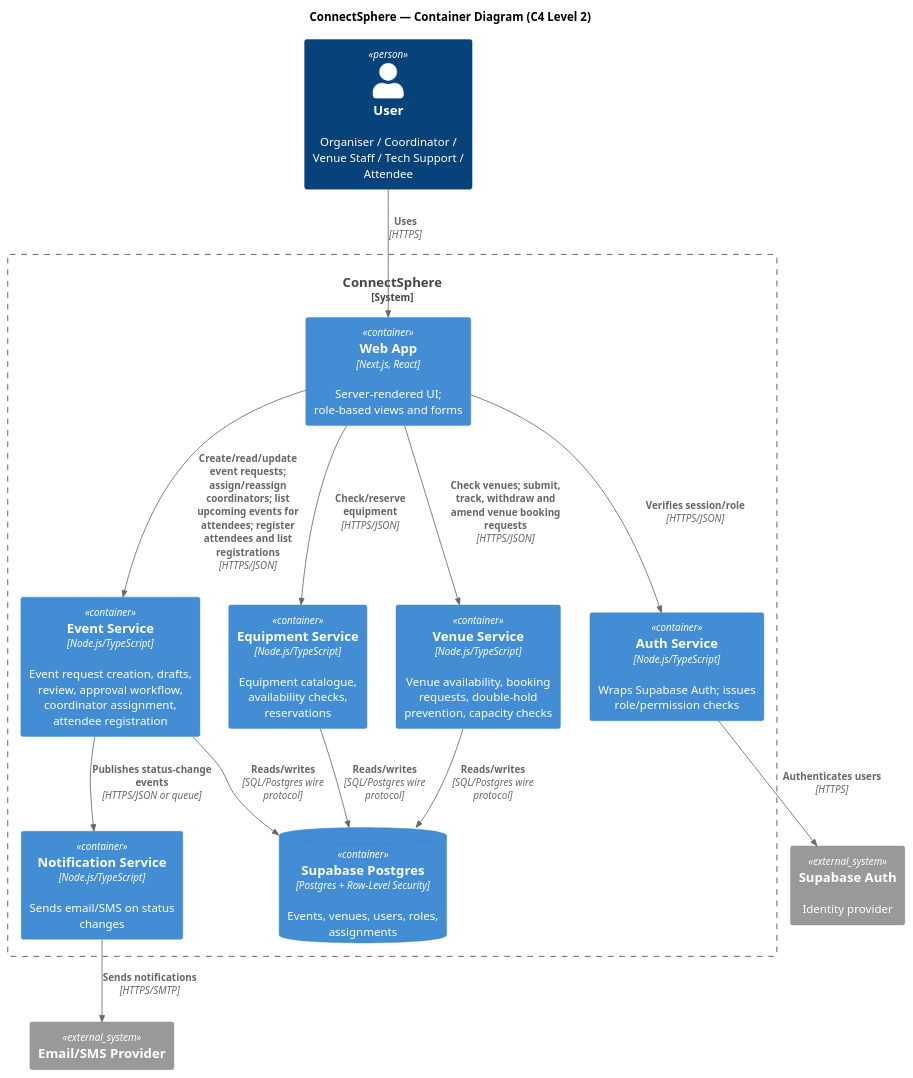
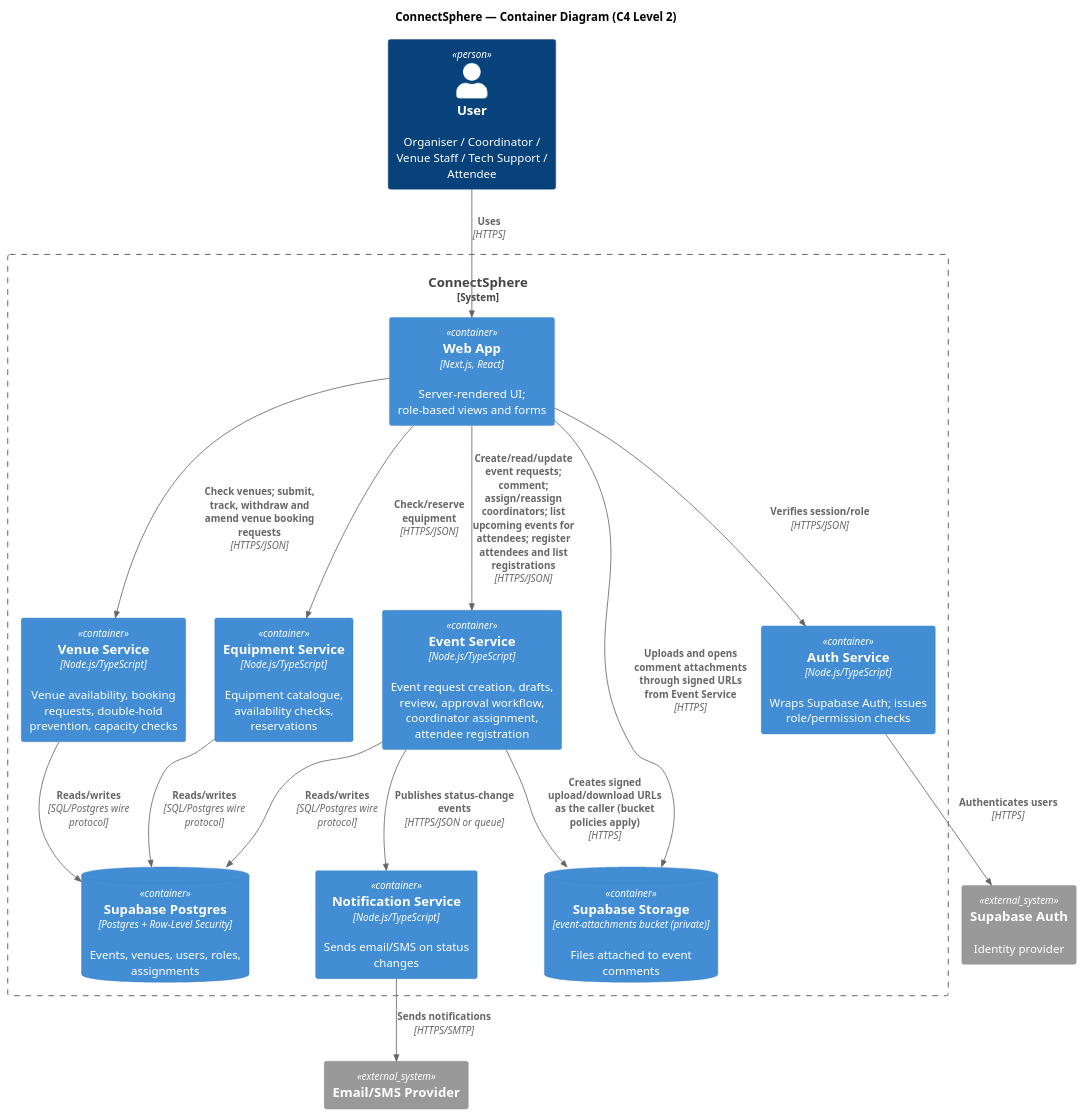
The diagram in docs/architecture/c4/container.puml (danjaii/SPM-T5), drawn with PlantUML before and after one commit. The commit also changed 10 other files, not shown here.

First line of the commit message:
SCRUM-28/AC1,AC2,AC3,AC4,AC5,AC6 - Add file attachments to event comments

```diff
--- a/docs/architecture/c4/container.puml
+++ b/docs/architecture/c4/container.puml
@@ -1,38 +1,41 @@
 @startuml container
 !include https://raw.githubusercontent.com/plantuml-stdlib/C4-PlantUML/master/C4_Container.puml
 
 title ConnectSphere — Container Diagram (C4 Level 2)
 
 Person(user, "User", "Organiser / Coordinator / Venue Staff / Tech Support / Attendee")
 
 System_Boundary(connectsphere, "ConnectSphere") {
   Container(web, "Web App", "Next.js, React", "Server-rendered UI; role-based views and forms")
 
   Container(authSvc, "Auth Service", "Node.js/TypeScript", "Wraps Supabase Auth; issues role/permission checks")
   Container(eventSvc, "Event Service", "Node.js/TypeScript", "Event request creation, drafts, review, approval workflow, coordinator assignment, attendee registration")
   Container(venueSvc, "Venue Service", "Node.js/TypeScript", "Venue availability, booking requests, double-hold prevention, capacity checks")
   Container(equipmentSvc, "Equipment Service", "Node.js/TypeScript", "Equipment catalogue, availability checks, reservations")
   Container(notificationSvc, "Notification Service", "Node.js/TypeScript", "Sends email/SMS on status changes")
 
   ContainerDb(db, "Supabase Postgres", "Postgres + Row-Level Security", "Events, venues, users, roles, assignments")
+  ContainerDb(storage, "Supabase Storage", "event-attachments bucket (private)", "Files attached to event comments")
 }
 
 System_Ext(supabaseAuth, "Supabase Auth", "Identity provider")
 System_Ext(emailProvider, "Email/SMS Provider")
 
 Rel(user, web, "Uses", "HTTPS")
 
 Rel(web, authSvc, "Verifies session/role", "HTTPS/JSON")
-Rel(web, eventSvc, "Create/read/update event requests; assign/reassign coordinators; list upcoming events for attendees; register attendees and list registrations", "HTTPS/JSON")
+Rel(web, eventSvc, "Create/read/update event requests; comment; assign/reassign coordinators; list upcoming events for attendees; register attendees and list registrations", "HTTPS/JSON")
 Rel(web, venueSvc, "Check venues; submit, track, withdraw and amend venue booking requests", "HTTPS/JSON")
 Rel(web, equipmentSvc, "Check/reserve equipment", "HTTPS/JSON")
+Rel(web, storage, "Uploads and opens comment attachments through signed URLs from Event Service", "HTTPS")
 
 Rel(authSvc, supabaseAuth, "Authenticates users", "HTTPS")
 Rel(eventSvc, db, "Reads/writes", "SQL/Postgres wire protocol")
 Rel(venueSvc, db, "Reads/writes", "SQL/Postgres wire protocol")
 Rel(equipmentSvc, db, "Reads/writes", "SQL/Postgres wire protocol")
+Rel(eventSvc, storage, "Creates signed upload/download URLs as the caller (bucket policies apply)", "HTTPS")
 
 Rel(eventSvc, notificationSvc, "Publishes status-change events", "HTTPS/JSON or queue")
 Rel(notificationSvc, emailProvider, "Sends notifications", "HTTPS/SMTP")
 
 @enduml
```
